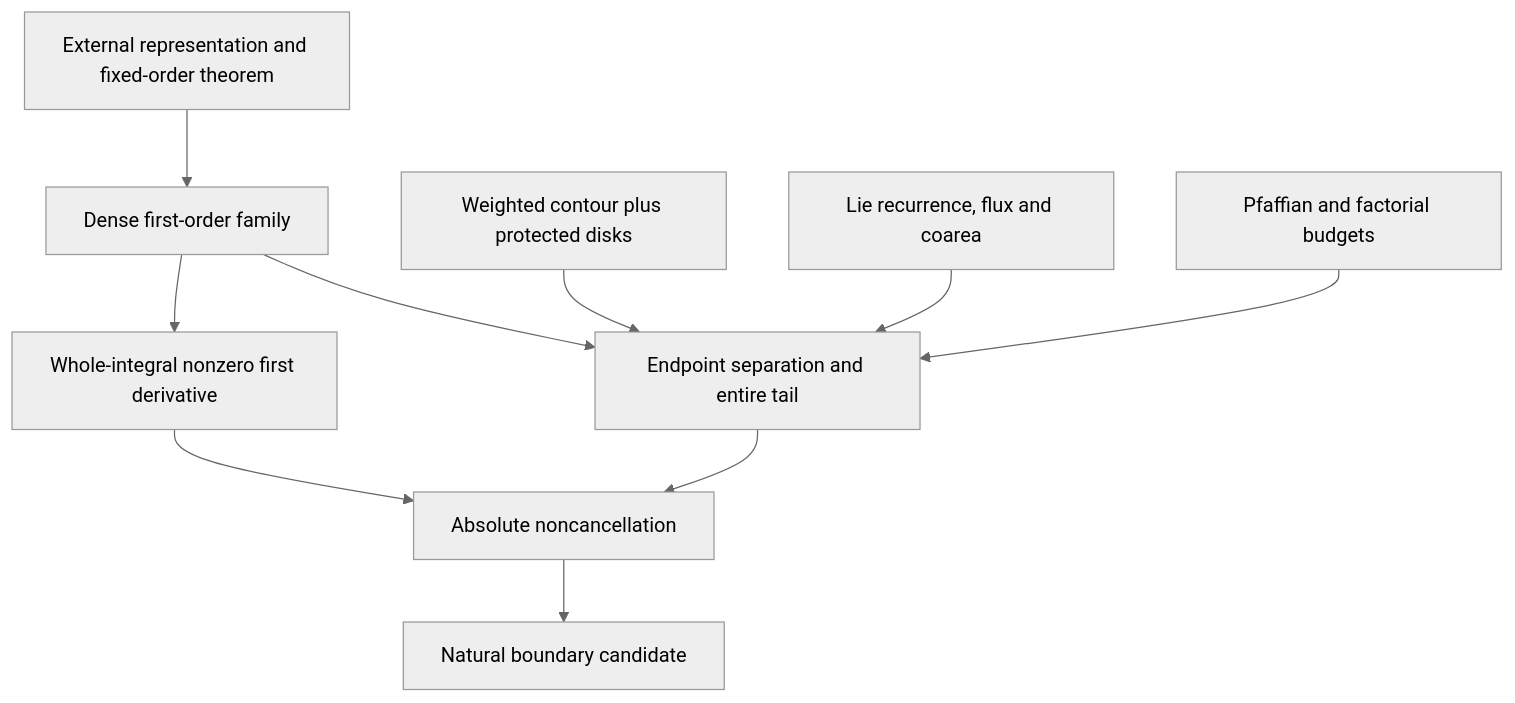
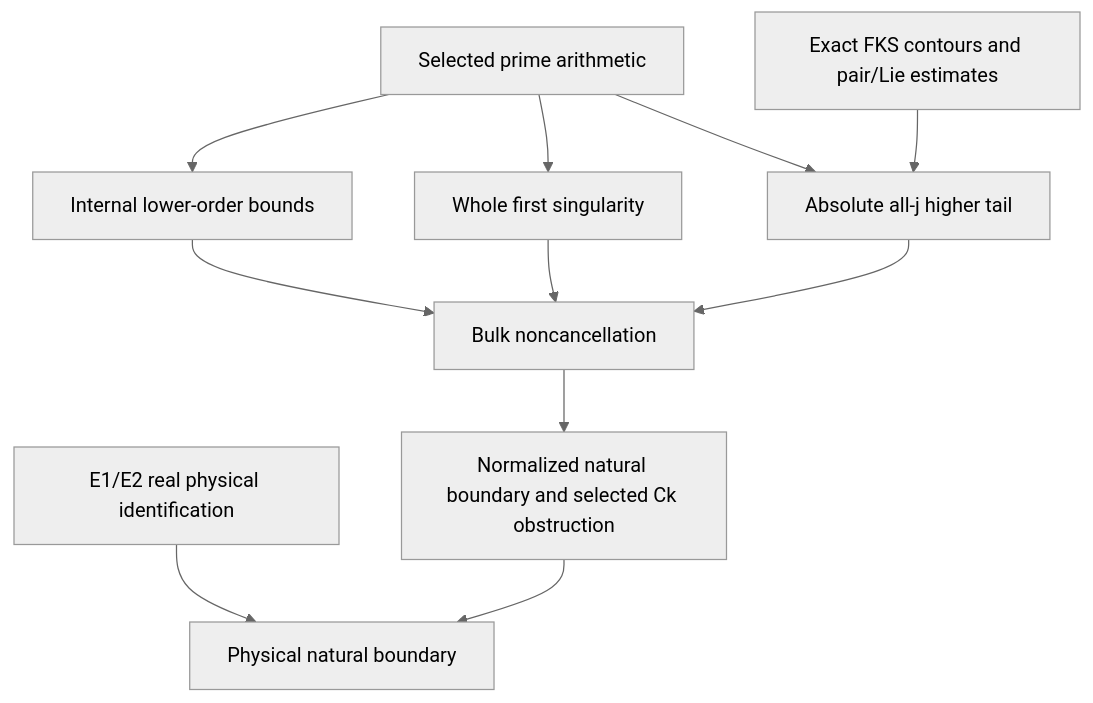
The diagram in docs/PROOF_GUIDE.md (LeoLam233/ising-bulk-natural-boundary), drawn with Mermaid (neutral theme) before and after one commit. The commit also changed other lines of this file and 72 other files, not shown here.

````diff
--- a/docs/PROOF_GUIDE.md
+++ b/docs/PROOF_GUIDE.md
@@ -20,12 +17,13 @@
 ```mermaid
 flowchart TD
- E[External representation and fixed-order theorem] --> A[Dense first-order family]
- A --> H[Whole-integral nonzero first derivative]
- A --> T[Endpoint separation and entire tail]
- D[Weighted contour plus protected disks] --> T
- L[Lie recurrence, flux and coarea] --> T
- P[Pfaffian and factorial budgets] --> T
- H --> N[Absolute noncancellation]
+ A[Selected prime arithmetic] --> L[Internal lower-order bounds]
+ A --> F[Whole first singularity]
+ A --> T[Absolute all-j higher tail]
+ P[Exact FKS contours and pair/Lie estimates] --> T
+ L --> N[Bulk noncancellation]
+ F --> N
  T --> N
- N --> B[Natural boundary candidate]
+ N --> B[Normalized natural boundary and selected Ck obstruction]
+ E[E1/E2 real physical identification] --> H[Physical natural boundary]
+ B --> H
 ```
````
